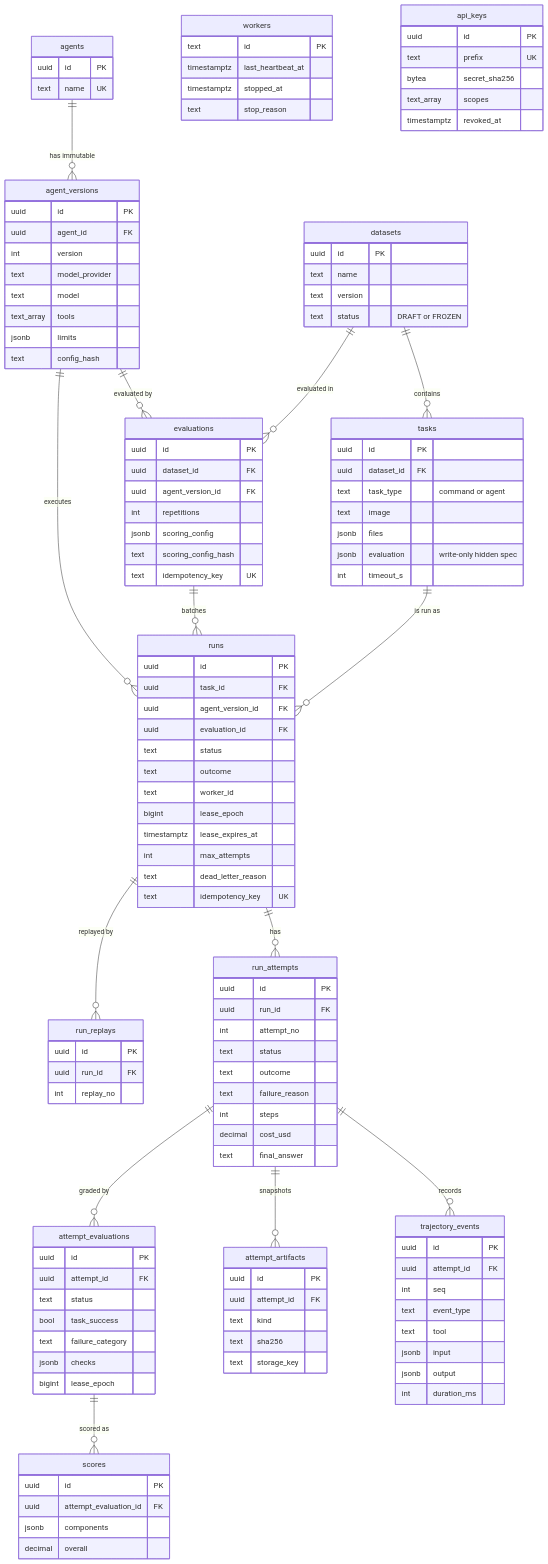
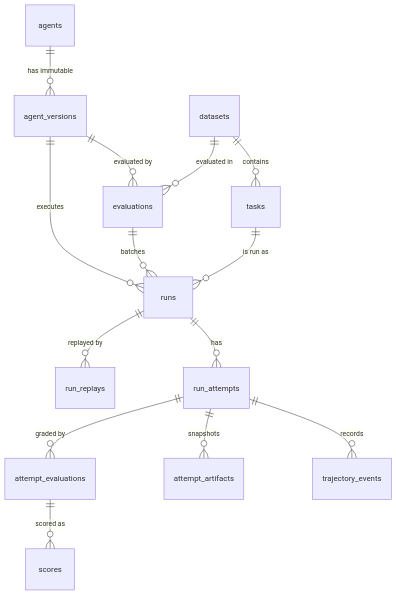
Before and after one commit to Sanskriti10247/AgentEval: the fourth of 4 diagrams in README.md, drawn with Mermaid. The commit also changed other lines of this file and 8 other files, not shown here.

````diff
--- a/README.md
+++ b/README.md
@@ -388,118 +293,4 @@
     run_attempts ||--o{ attempt_artifacts : "snapshots"
     run_attempts ||--o{ attempt_evaluations : "graded by"
     attempt_evaluations ||--o{ scores : "scored as"
-
-    agents {
-        uuid id PK
-        text name UK
-    }
-    agent_versions {
-        uuid id PK
-        uuid agent_id FK
-        int version
-        text model_provider
-        text model
-        text_array tools
-        jsonb limits
-        text config_hash
-    }
-    datasets {
-        uuid id PK
-        text name
-        text version
-        text status "DRAFT or FROZEN"
-    }
-    tasks {
-        uuid id PK
-        uuid dataset_id FK
-        text task_type "command or agent"
-        text image
-        jsonb files
-        jsonb evaluation "write-only hidden spec"
-        int timeout_s
-    }
-    evaluations {
-        uuid id PK
-        uuid dataset_id FK
-        uuid agent_version_id FK
-        int repetitions
-        jsonb scoring_config
-        text scoring_config_hash
-        text idempotency_key UK
-    }
-    runs {
-        uuid id PK
-        uuid task_id FK
-        uuid agent_version_id FK
-        uuid evaluation_id FK
-        text status
-        text outcome
-        text worker_id
-        bigint lease_epoch
-        timestamptz lease_expires_at
-        int max_attempts
-        text dead_letter_reason
-        text idempotency_key UK
-    }
-    run_attempts {
-        uuid id PK
-        uuid run_id FK
-        int attempt_no
-        text status
-        text outcome
-        text failure_reason
-        int steps
-        decimal cost_usd
-        text final_answer
-    }
-    trajectory_events {
-        uuid id PK
-        uuid attempt_id FK
-        int seq
-        text event_type
-        text tool
-        jsonb input
-        jsonb output
-        int duration_ms
-    }
-    attempt_artifacts {
-        uuid id PK
-        uuid attempt_id FK
-        text kind
-        text sha256
-        text storage_key
-    }
-    attempt_evaluations {
-        uuid id PK
-        uuid attempt_id FK
-        text status
-        bool task_success
-        text failure_category
-        jsonb checks
-        bigint lease_epoch
-    }
-    scores {
-        uuid id PK
-        uuid attempt_evaluation_id FK
-        jsonb components
-        decimal overall
-    }
-    run_replays {
-        uuid id PK
-        uuid run_id FK
-        int replay_no
-    }
-    workers {
-        text id PK
-        timestamptz last_heartbeat_at
-        timestamptz stopped_at
-        text stop_reason
-    }
-    api_keys {
-        uuid id PK
-        text prefix UK
-        bytea secret_sha256
-        text_array scopes
-        timestamptz revoked_at
-    }
 ```
````
